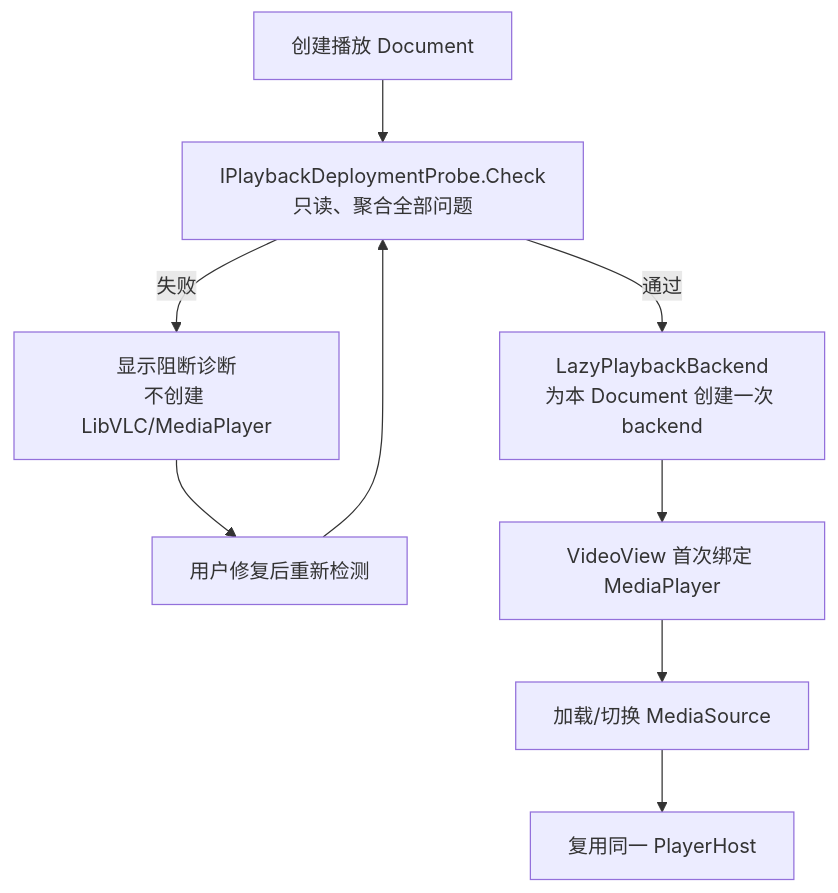
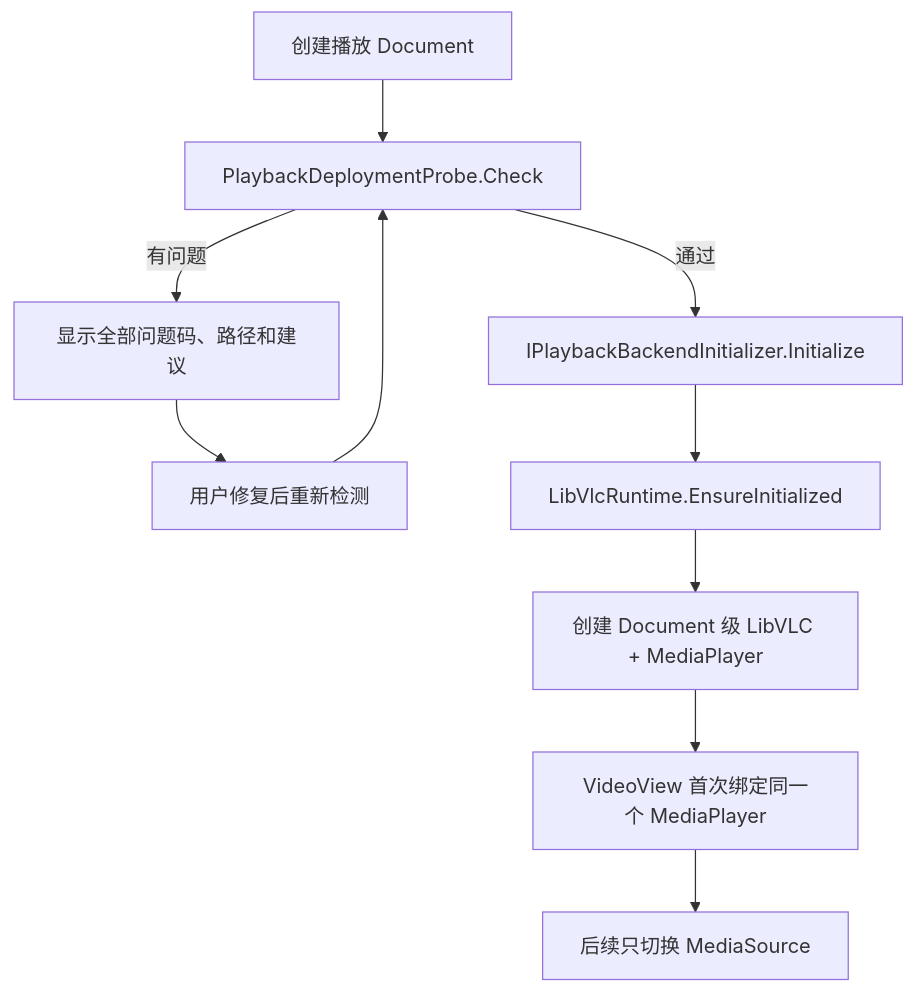
Before and after one commit to crownclowngx/avalonia_dock_simple_test: the second of 6 diagrams in Plugins/MySmallTools/MySmallTools/docs/secret-video-player/architecture-design.md, drawn with Mermaid. The commit also changed other lines of this file and 3 other files, not shown here.

````diff
--- a/Plugins/MySmallTools/MySmallTools/docs/secret-video-player/architecture-design.md
+++ b/Plugins/MySmallTools/MySmallTools/docs/secret-video-player/architecture-design.md
@@ -106,11 +125,12 @@
 ```mermaid
 flowchart TD
-    Doc["创建播放 Document"] --> Probe["IPlaybackDeploymentProbe.Check<br/>只读、聚合全部问题"]
-    Probe -->|失败| Banner["显示阻断诊断<br/>不创建 LibVLC/MediaPlayer"]
-    Banner --> Retry["用户修复后重新检测"]
-    Retry --> Probe
-    Probe -->|通过| Backend["LazyPlaybackBackend<br/>为本 Document 创建一次 backend"]
-    Backend --> Bind["VideoView 首次绑定 MediaPlayer"]
-    Bind --> Load["加载/切换 MediaSource"]
-    Load --> Reuse["复用同一 PlayerHost"]
+    Create["创建播放 Document"] --> Check["PlaybackDeploymentProbe.Check"]
+    Check -->|有问题| Diagnostics["显示全部问题码、路径和建议"]
+    Diagnostics --> Retry["用户修复后重新检测"]
+    Retry --> Check
+    Check -->|通过| Init["IPlaybackBackendInitializer.Initialize"]
+    Init --> Runtime["LibVlcRuntime.EnsureInitialized"]
+    Runtime --> Backend["创建 Document 级 LibVLC + MediaPlayer"]
+    Backend --> Bind["VideoView 首次绑定同一个 MediaPlayer"]
+    Bind --> Switch["后续只切换 MediaSource"]
 ```
````
